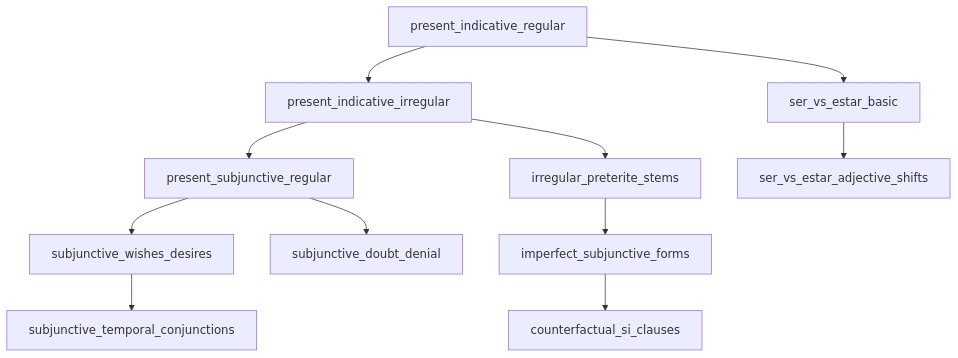
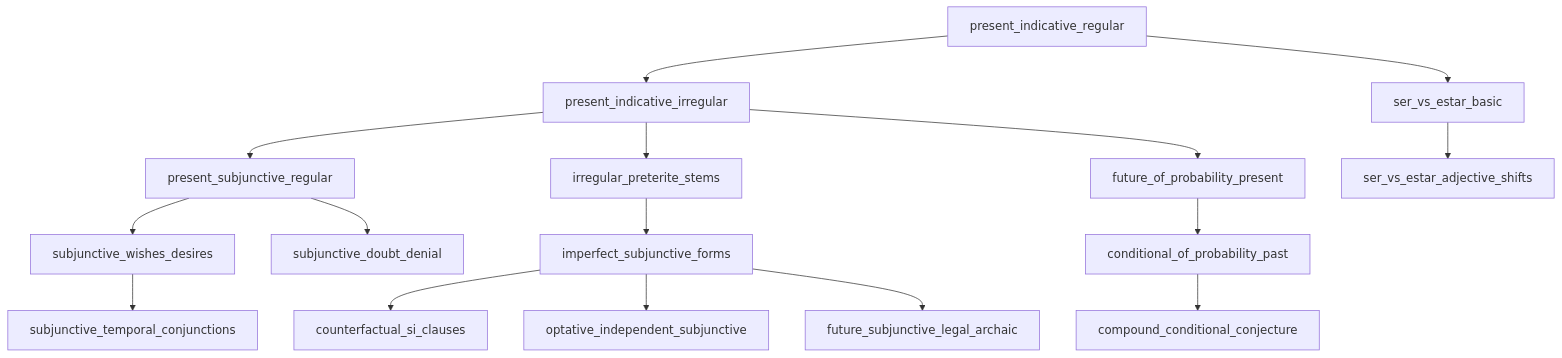
Before and after one commit to dnf0/spanglings: the diagram in docs/syllabus.md, drawn with Mermaid. The commit also changed other lines of this file and 4 other files, not shown here.

````diff
--- a/docs/syllabus.md
+++ b/docs/syllabus.md
@@ -87,13 +93,18 @@
 ```mermaid
 graph TD
     A[present_indicative_regular] --> B[present_indicative_irregular]
     A --> C[ser_vs_estar_basic]
     B --> D[present_subjunctive_regular]
     B --> E[irregular_preterite_stems]
     E --> F[imperfect_subjunctive_forms]
     D --> G[subjunctive_wishes_desires]
     D --> H[subjunctive_doubt_denial]
     G --> I[subjunctive_temporal_conjunctions]
     F --> J[counterfactual_si_clauses]
     C --> K[ser_vs_estar_adjective_shifts]
+    B --> L[future_of_probability_present]
+    L --> M[conditional_of_probability_past]
+    M --> N[compound_conditional_conjecture]
+    F --> O[optative_independent_subjunctive]
+    F --> P[future_subjunctive_legal_archaic]
 ```
````
